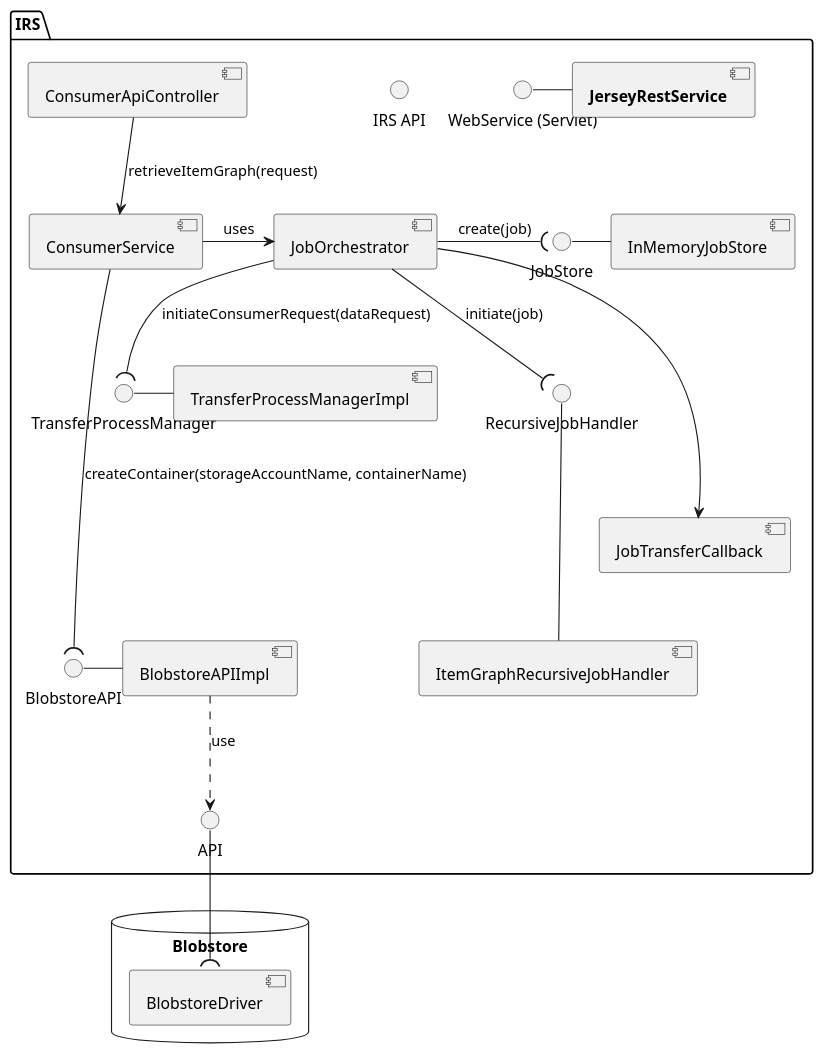
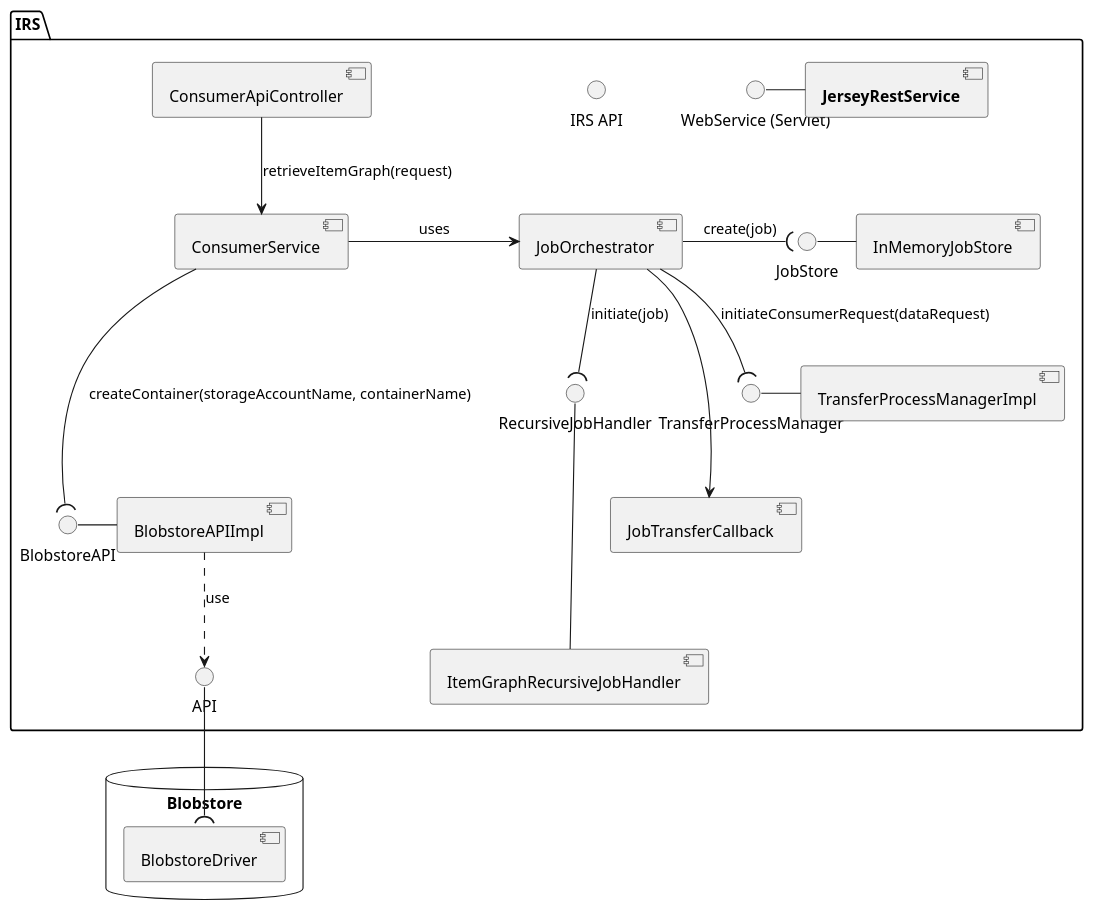
Before and after one commit to eclipse-tractusx/item-relationship-service: the diagram in docs/src/uml-diagrams/component-diagram/job-orchistration-component.puml, drawn with PlantUML.

```diff
--- a/docs/src/uml-diagrams/component-diagram/job-orchistration-component.puml
+++ b/docs/src/uml-diagrams/component-diagram/job-orchistration-component.puml
@@ -1,45 +1,45 @@
 @startuml
 'https://plantuml.com/component-diagram
 
 skinparam monochrome true
 skinparam shadowing false
 
 
 package "IRS" {
 
   interface "WebService (Servlet)"  as WebService
   component [**JerseyRestService**] as JerseyRestService
   WebService - JerseyRestService
   interface "IRS API"  as IrsAPI
   [ConsumerApiController]
   [ConsumerService]
   ConsumerApiController --> ConsumerService : retrieveItemGraph(request)
   BlobstoreAPI - [BlobstoreAPIImpl]
 
-  ConsumerService ----( BlobstoreAPI : createContainer(storageAccountName, containerName)
+  ConsumerService ---( BlobstoreAPI : createContainer(storageAccountName, containerName)
   [JobOrchestrator]
   ConsumerService -> JobOrchestrator : uses
   BlobstoreAPIImpl ..> API : use
   JobStore -  [InMemoryJobStore]
   JobOrchestrator -( JobStore : create(job)
 
   RecursiveJobHandler --- [ItemGraphRecursiveJobHandler]
   JobOrchestrator --( RecursiveJobHandler: initiate(job)
 
   TransferProcessManager - [TransferProcessManagerImpl]
   JobOrchestrator --( TransferProcessManager: initiateConsumerRequest(dataRequest)
 
   JobOrchestrator ---> [JobTransferCallback]
 }
 
 
 package "Blobstore" {
   API --( [BlobstoreDriver]
 
 }
 
 database Blobstore {
 }
 
 
 @enduml
```
